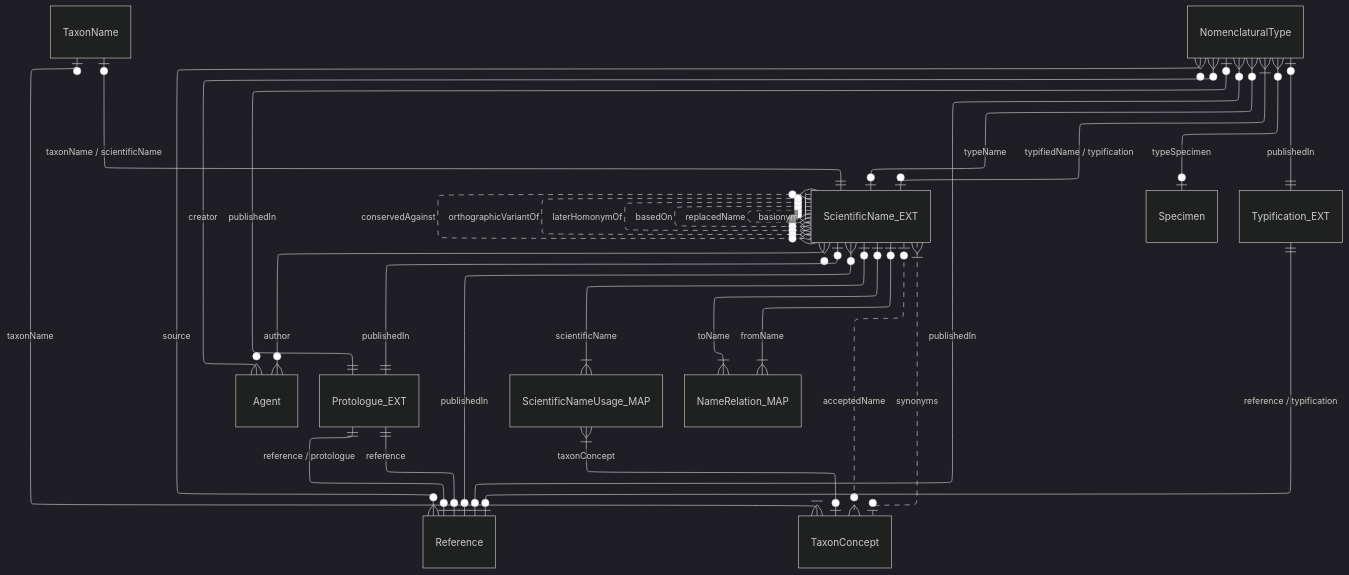
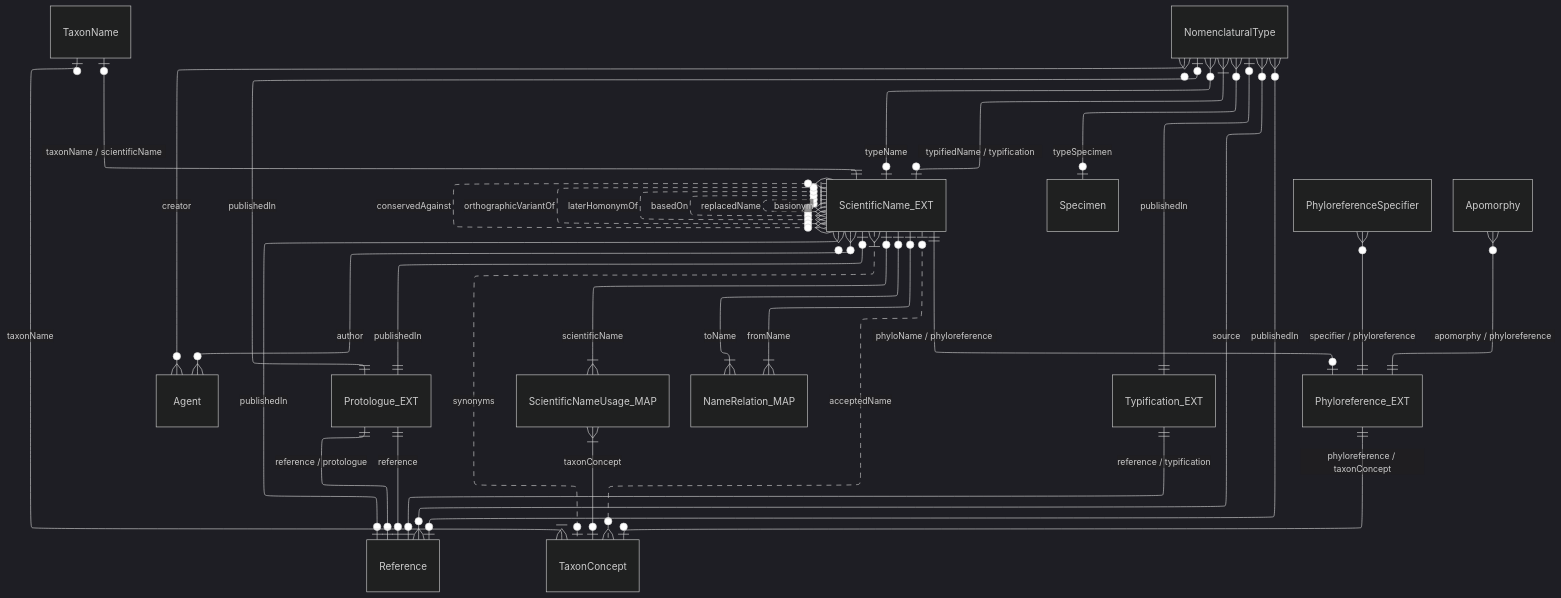
The diagram in source/_mermaid/layer-2-syntax-scientific.mmd (vicflora/vicflora-docs), drawn with Mermaid (dark theme) before and after one commit. The commit also changed 2 other files, not shown here.

Commit message:
Delete Phyloname entity and put Phyloreference in ScientificName ERD

```diff
--- a/source/_mermaid/layer-2-syntax-scientific.mmd
+++ b/source/_mermaid/layer-2-syntax-scientific.mmd
@@ -1,48 +1,54 @@
 ---
 config:
   layout: elk
 ---
 erDiagram
   %% Sidecars
   TaxonName |o--|| ScientificName_EXT : "taxonName / scientificName"
 
   %% ScientificName_EXT
   ScientificName_EXT }o--o{ Agent : author
   ScientificName_EXT |o--|| Protologue_EXT : "publishedIn"
   Protologue_EXT ||--o| Reference : "reference / protologue"
   ScientificName_EXT }o--o| Reference : "publishedIn"
 
 
   %% The Syntactic Relationships
   ScientificName_EXT |o..o{ ScientificName_EXT : "basionym"
   ScientificName_EXT |o..o{ ScientificName_EXT : "replacedName"
   ScientificName_EXT |o..o{ ScientificName_EXT : "basedOn"
   ScientificName_EXT |o..o{ ScientificName_EXT : "laterHomonymOf"
   ScientificName_EXT |o..o{ ScientificName_EXT : "orthographicVariantOf"
   ScientificName_EXT }o..o{ ScientificName_EXT : "conservedAgainst"
 
   %% Taxon Name <--> Taxon Concept relationships
   TaxonName |o--|{ TaxonConcept : "taxonName"
   ScientificName_EXT |o..o{ TaxonConcept : "acceptedName"
   ScientificName_EXT }|..o| TaxonConcept : "synonyms"
 
   %% Scientific name usage
   ScientificName_EXT |o--|{ ScientificNameUsage_MAP : "scientificName"
   ScientificNameUsage_MAP }|--o| TaxonConcept : "taxonConcept"
 
   %% Name relations
   ScientificName_EXT |o--|{ NameRelation_MAP : "fromName"
   ScientificName_EXT |o--|{ NameRelation_MAP : "toName"
 
   %% Typification
   ScientificName_EXT |o--|{ NomenclaturalType : "typifiedName / typification"
   NomenclaturalType }o--o| ScientificName_EXT : "typeName"
   %% ScientificName_EXT |o--|| TaxonName : "taxonName / scientificName"
   NomenclaturalType }o--o| Specimen : "typeSpecimen"
   NomenclaturalType }o--o| Reference : "publishedIn"
   NomenclaturalType |o--|| Protologue_EXT : "publishedIn"
   Protologue_EXT ||--o| Reference : "reference"
   NomenclaturalType |o--|| Typification_EXT : "publishedIn"
   Typification_EXT ||--o| Reference : "reference / typification"
   NomenclaturalType }o--o{ Reference : "source"
   NomenclaturalType }o--o{ Agent : "creator"
+
+  %% Phylogeny
+  ScientificName_EXT ||--o| Phyloreference_EXT : "phyloName / phyloreference"
+  PhyloreferenceSpecifier }o--|| Phyloreference_EXT : "specifier / phyloreference"
+  Apomorphy }o--|| Phyloreference_EXT : "apomorphy / phyloreference"
+  Phyloreference_EXT ||--o| TaxonConcept : "phyloreference / taxonConcept"
```
